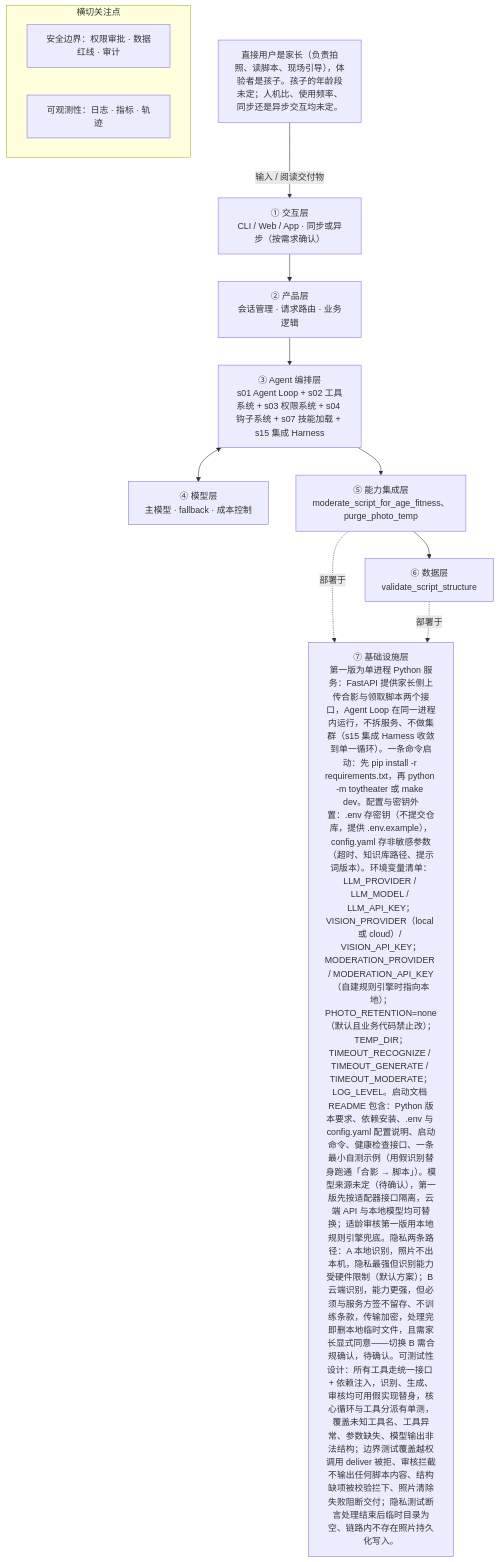
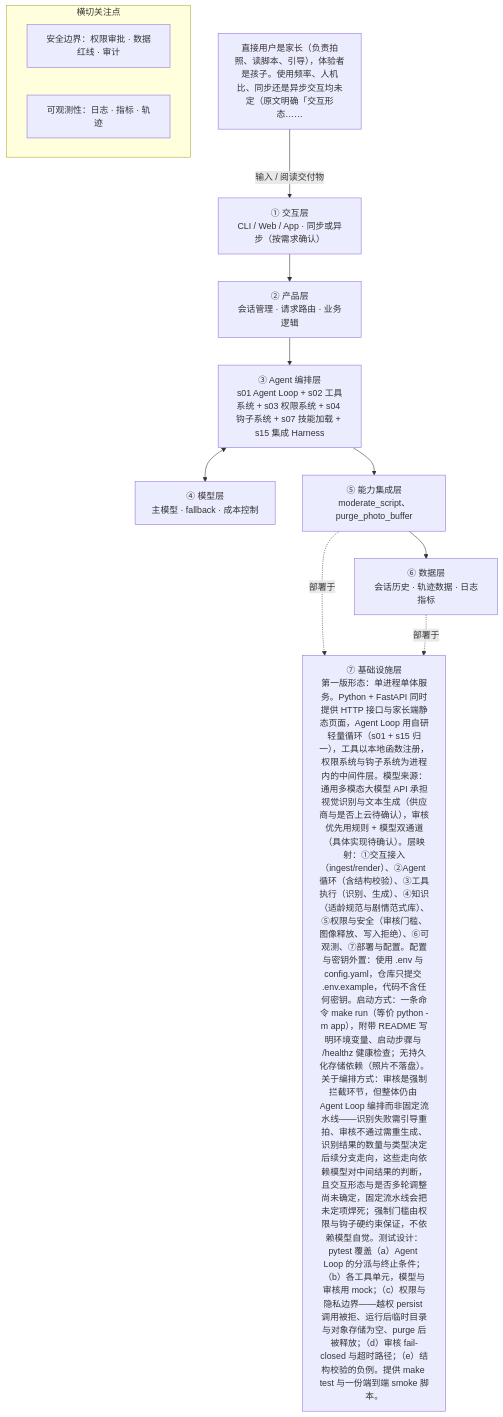
The diagram in docs/examples/方案示例-玩具剧场-真实运行.md (hubooooooo/agent-blueprint), drawn with Mermaid before and after one commit. The commit also changed other lines of this file and 5 other files, not shown here.

````diff
--- a/docs/examples/方案示例-玩具剧场-真实运行.md
+++ b/docs/examples/方案示例-玩具剧场-真实运行.md
@@ -102,22 +101,22 @@
 ```mermaid
 flowchart TD
-    U["直接用户是家长（负责拍照、读脚本、现场引导），体验者是孩子。孩子的年龄段未定；人机比、使用频率、同步还是异步交互均未定。"] -->|输入 / 阅读交付物| L1
+    U["直接用户是家长（负责拍照、读脚本、引导），体验者是孩子。使用频率、人机比、同步还是异步交互均未定（原文明确「交互形态……"] -->|输入 / 阅读交付物| L1
     L1["① 交互层<br/>CLI / Web / App · 同步或异步（按需求确认）"]
     L2["② 产品层<br/>会话管理 · 请求路由 · 业务逻辑"]
     L3["③ Agent 编排层<br/>s01 Agent Loop + s02 工具系统 + s03 权限系统 + s04 钩子系统 + s07 技能加载 + s15 集成 Harness"]
     L4["④ 模型层<br/>主模型 · fallback · 成本控制"]
-    L5["⑤ 能力集成层<br/>moderate_script_for_age_fitness、purge_photo_temp"]
-    L6["⑥ 数据层<br/>validate_script_structure"]
-    L7["⑦ 基础设施层<br/>第一版为单进程 Python 服务：FastAPI 提供家长侧上传合影与领取脚本两个接口，Agent Loop 在同一进程内运行，不拆服务、不做集群（s15 集成 Harness 收敛到单一循环）。一条命令启动：先 pip install -r requirements.txt，再 python -m toytheater 或 make dev。配置与密钥外置：.env 存密钥（不提交仓库，提供 .env.example），config.yaml 存非敏感参数（超时、知识库路径、提示词版本）。环境变量清单：LLM_PROVIDER / LLM_MODEL / LLM_API_KEY；VISION_PROVIDER（local 或 cloud）/ VISION_API_KEY；MODERATION_PROVIDER / MODERATION_API_KEY（自建规则引擎时指向本地）；PHOTO_RETENTION=none（默认且业务代码禁止改）；TEMP_DIR；TIMEOUT_RECOGNIZE / TIMEOUT_GENERATE / TIMEOUT_MODERATE；LOG_LEVEL。启动文档 README 包含：Python 版本要求、依赖安装、.env 与 config.yaml 配置说明、启动命令、健康检查接口、一条最小自测示例（用假识别替身跑通「合影 → 脚本」）。模型来源未定（待确认），第一版先按适配器接口隔离，云端 API 与本地模型均可替换；适龄审核第一版用本地规则引擎兜底。隐私两条路径：A 本地识别，照片不出本机，隐私最强但识别能力受硬件限制（默认方案）；B 云端识别，能力更强，但必须与服务方签不留存、不训练条款，传输加密，处理完即删本地临时文件，且需家长显式同意——切换 B 需合规确认，待确认。可测试性设计：所有工具走统一接口 + 依赖注入，识别、生成、审核均可用假实现替身，核心循环与工具分派有单测，覆盖未知工具名、工具异常、参数缺失、模型输出非法结构；边界测试覆盖越权调用 deliver 被拒、审核拦截不输出任何脚本内容、结构缺项被校验拦下、照片清除失败阻断交付；隐私测试断言处理结束后临时目录为空、链路内不存在照片持久化写入。"]
+    L5["⑤ 能力集成层<br/>moderate_script、purge_photo_buffer"]
+    L6["⑥ 数据层<br/>会话历史 · 轨迹数据 · 日志指标"]
+    L7["⑦ 基础设施层<br/>第一版形态：单进程单体服务。Python + FastAPI 同时提供 HTTP 接口与家长端静态页面，Agent Loop 用自研轻量循环（s01 + s15 归一），工具以本地函数注册，权限系统与钩子系统为进程内的中间件层。模型来源：通用多模态大模型 API 承担视觉识别与文本生成（供应商与是否上云待确认），审核优先用规则 + 模型双通道（具体实现待确认）。层映射：①交互接入（ingest/render）、②Agent 循环（含结构校验）、③工具执行（识别、生成）、④知识（适龄规范与剧情范式库）、⑤权限与安全（审核门槛、图像释放、写入拒绝）、⑥可观测、⑦部署与配置。配置与密钥外置：使用 .env 与 config.yaml，仓库只提交 .env.example，代码不含任何密钥。启动方式：一条命令 make run（等价 python -m app），附带 README 写明环境变量、启动步骤与 /healthz 健康检查；无持久化存储依赖（照片不落盘）。关于编排方式：审核是强制拦截环节，但整体仍由 Agent Loop 编排而非固定流水线——识别失败需引导重拍、审核不通过需重生成、识别结果的数量与类型决定后续分支走向，这些走向依赖模型对中间结果的判断，且交互形态与是否多轮调整尚未确定，固定流水线会把未定项焊死；强制门槛由权限与钩子硬约束保证，不依赖模型自觉。测试设计：pytest 覆盖（a）Agent Loop 的分派与终止条件；（b）各工具单元，模型与审核用 mock；（c）权限与隐私边界——越权 persist 调用被拒、运行后临时目录与对象存储为空、purge 后被释放；（d）审核 fail-closed 与超时路径；（e）结构校验的负例。提供 make test 与一份端到端 smoke 脚本。"]
     L1 --> L2
     L2 --> L3
     L3 <--> L4
     L3 --> L5
     L5 --> L6
     L5 -.->|部署于| L7
     L6 -.->|部署于| L7
     subgraph 横切关注点
         SEC["安全边界：权限审批 · 数据红线 · 审计"]
         OBS["可观测性：日志 · 指标 · 轨迹"]
     end
 ```
````
